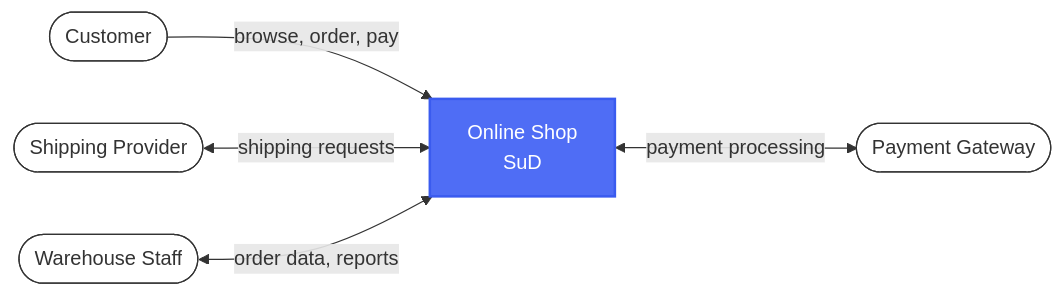
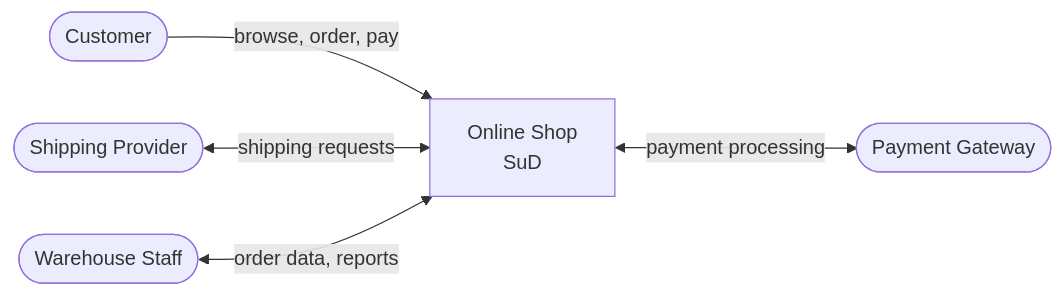
One commit to trunghoduc1992/ireb-cpre-fl changed the second of 2 diagrams in docs/v2/chapters/02-system-context.md. Above: the diagram before and after it, drawn with Mermaid. The commit also changed other lines of this file and 3 other files, not shown here.

First line of the commit message:
Fix Mermaid dark/light mode contrast and URL restructure

````diff
--- a/docs/v2/chapters/02-system-context.md
+++ b/docs/v2/chapters/02-system-context.md
@@ -215,13 +212,8 @@
 ```mermaid
 graph LR
     C([Customer]) -->|browse, order, pay| S
     SP([Shipping Provider]) <-->|shipping requests| S
     S[Online Shop\nSuD] <-->|payment processing| PG([Payment Gateway])
     W([Warehouse Staff]) <-->|order data, reports| S
 
-    style S fill:#4f6df5,color:#fff,stroke:#3a5bef,stroke-width:2px
-    style C fill:#fff,stroke:#333
-    style SP fill:#fff,stroke:#333
-    style PG fill:#fff,stroke:#333
-    style W fill:#fff,stroke:#333
 ```
````
